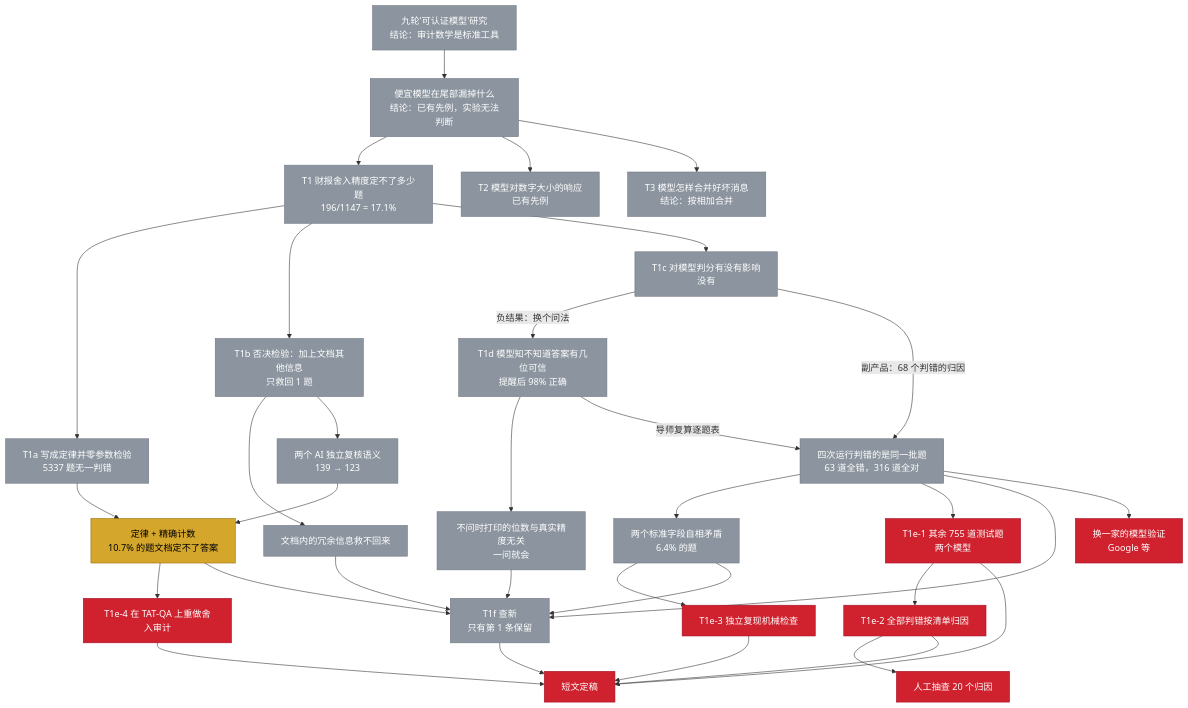
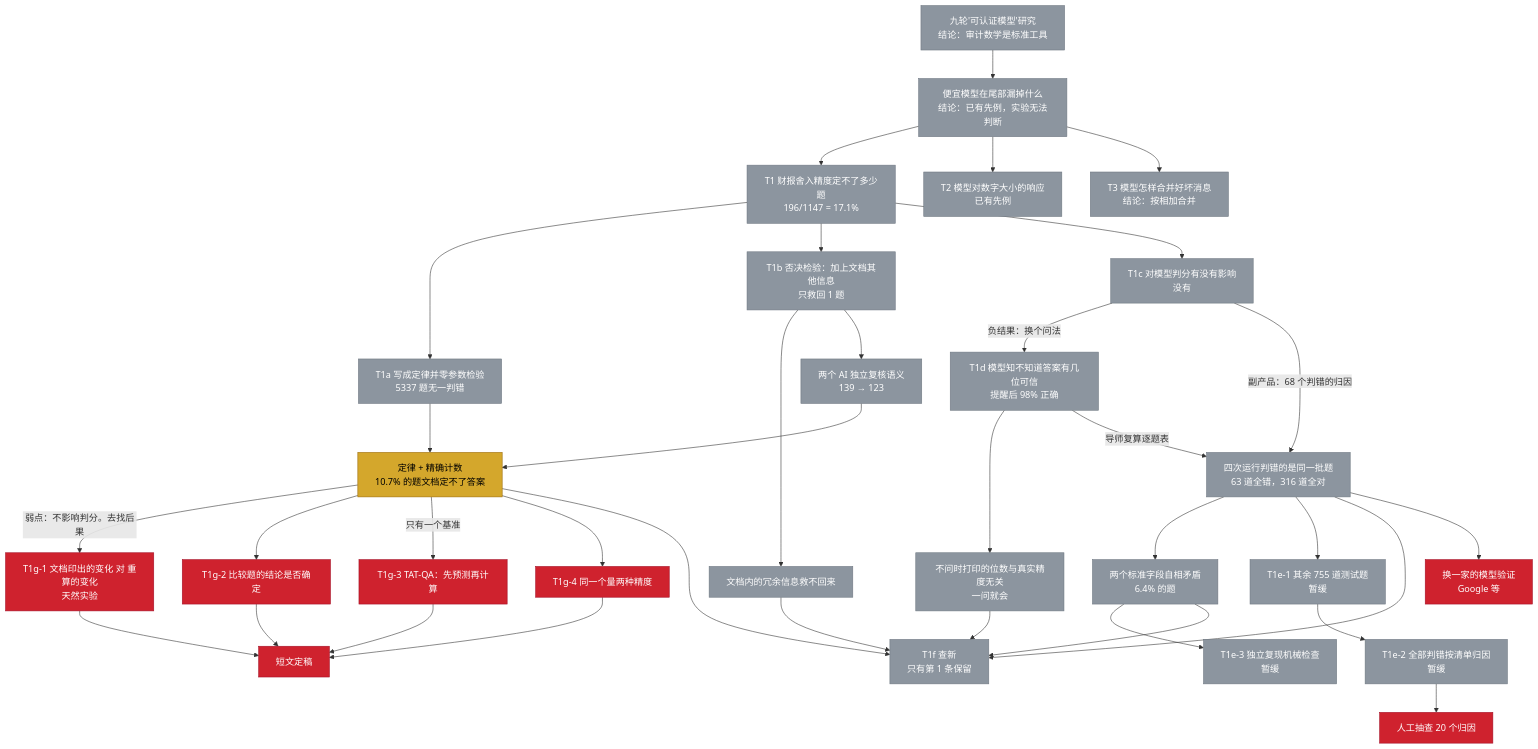
Before and after one commit to 130U/Proxy-Tail-Anatomy-of-a-Failed-Research-Line-on-LLM-Evaluation-in-Finance: the diagram in README.md, drawn with Mermaid. The commit also changed other lines of this file and 2 other files, not shown here.

Commit message:
Add T1g: where rounding precision has consequences; update map

````diff
--- a/README.md
+++ b/README.md
@@ -24,53 +24,59 @@
 ```mermaid
 flowchart TD
     classDef done fill:#2da44e,color:#fff,stroke:#1a7f37
     classDef todo fill:#cf222e,color:#fff,stroke:#a40e26
     classDef gold fill:#d4a72c,color:#000,stroke:#9a6700
     classDef closed fill:#8c959f,color:#fff,stroke:#6e7781
 
     H0["九轮'可认证模型'研究<br/>结论：审计数学是标准工具"]:::closed
     H1["便宜模型在尾部漏掉什么<br/>结论：已有先例，实验无法判断"]:::closed
     T2["T2 模型对数字大小的响应<br/>已有先例"]:::closed
     T3["T3 模型怎样合并好坏消息<br/>结论：按相加合并"]:::closed
 
     T1["T1 财报舍入精度定不了多少题<br/>196/1147 = 17.1%"]:::closed
     T1a["T1a 写成定律并零参数检验<br/>5337 题无一判错"]:::closed
     T1b["T1b 否决检验：加上文档其他信息<br/>只救回 1 题"]:::closed
     T1c["T1c 对模型判分有没有影响<br/>没有"]:::closed
     T1d["T1d 模型知不知道答案有几位可信<br/>提醒后 98% 正确"]:::closed
     REV["两个 AI 独立复核语义<br/>139 → 123"]:::closed
 
     G1["定律 + 精确计数<br/>10.7% 的题文档定不了答案"]:::gold
     G2["文档内的冗余信息救不回来"]:::closed
     G3["不问时打印的位数与真实精度无关<br/>一问就会"]:::closed
     G4["四次运行判错的是同一批题<br/>63 道全错，316 道全对"]:::closed
     G5["两个标准字段自相矛盾<br/>6.4% 的题"]:::closed
 
-    T1e1["T1e-1 其余 755 道测试题<br/>两个模型"]:::todo
-    T1e2["T1e-2 全部判错按清单归因"]:::todo
-    T1e3["T1e-3 独立复现机械检查"]:::todo
-    T1e4["T1e-4 在 TAT-QA 上重做舍入审计"]:::todo
+    T1e1["T1e-1 其余 755 道测试题<br/>暂缓"]:::closed
+    T1e2["T1e-2 全部判错按清单归因<br/>暂缓"]:::closed
+    T1e3["T1e-3 独立复现机械检查<br/>暂缓"]:::closed
+    Ga["T1g-1 文档印出的变化 对 重算的变化<br/>天然实验"]:::todo
+    Gb["T1g-2 比较题的结论是否确定"]:::todo
+    Gc["T1g-3 TAT-QA：先预测再计算"]:::todo
+    Gd["T1g-4 同一个量两种精度"]:::todo
     T1f["T1f 查新<br/>只有第 1 条保留"]:::closed
     X1["换一家的模型验证<br/>Google 等"]:::todo
     X2["人工抽查 20 个归因"]:::todo
     P["短文定稿"]:::todo
 
     H0 --> H1 --> T1
     H1 --> T2
     H1 --> T3
     T1 --> T1a --> G1
     T1 --> T1b --> G2
     T1 --> T1c
     T1b --> REV --> G1
     T1c -->|"负结果：换个问法"| T1d --> G3
     T1c -->|"副产品：68 个判错的归因"| G4
     T1d -->|"导师复算逐题表"| G4
     G4 --> G5
     G4 --> T1e1 --> T1e2
     G5 --> T1e3
-    G1 --> T1e4
+    G1 -->|"弱点：不影响判分。去找后果"| Ga
+    G1 --> Gb
+    G1 -->|"只有一个基准"| Gc
+    G1 --> Gd
     G1 & G2 & G3 & G4 & G5 --> T1f
     G4 --> X1
     T1e2 --> X2
-    T1e1 & T1e2 & T1e3 & T1e4 & T1f --> P
+    Ga & Gb & Gc & Gd --> P
 ```
````
